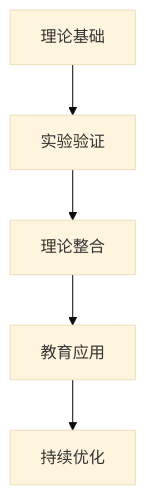
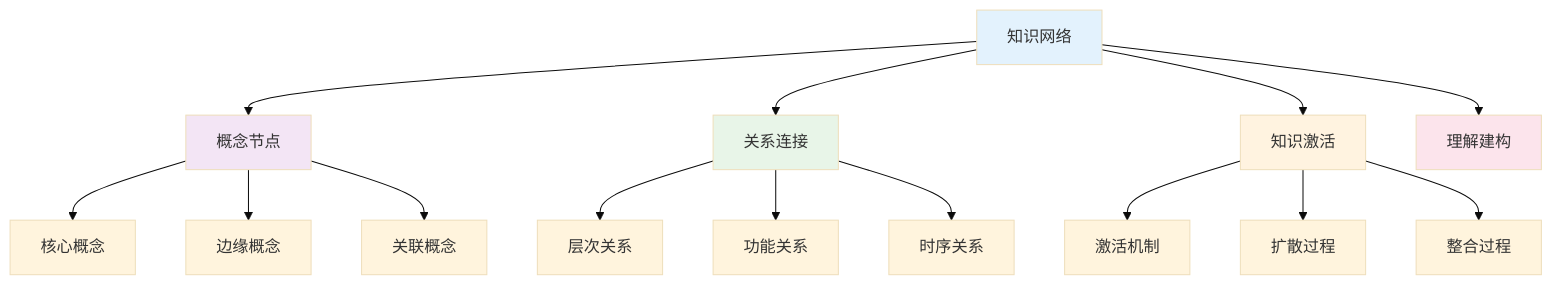
The ninth of 12 diagrams in 01-哲学科学基础/01-认知科学与学习理论.md (AdaMartin18010/SeniorEnducation), drawn with Mermaid (base theme) before and after one commit. The commit also changed other lines of this file and 16 other files, not shown here.

````diff
--- a/01-哲学科学基础/01-认知科学与学习理论.md
+++ b/01-哲学科学基础/01-认知科学与学习理论.md
@@ -253,7 +368,25 @@
 ```mermaid
 graph TD
-    A[理论基础] --> B[实验验证]
-    B --> C[理论整合]
-    C --> D[教育应用]
-    D --> E[持续优化]
+    A[知识网络] --> B[概念节点]
+    A --> C[关系连接]
+    A --> D[知识激活]
+    A --> E[理解建构]
+    
+    B --> B1[核心概念]
+    B --> B2[边缘概念]
+    B --> B3[关联概念]
+    
+    C --> C1[层次关系]
+    C --> C2[功能关系]
+    C --> C3[时序关系]
+    
+    D --> D1[激活机制]
+    D --> D2[扩散过程]
+    D --> D3[整合过程]
+    
+    style A fill:#e3f2fd
+    style B fill:#f3e5f5
+    style C fill:#e8f5e8
+    style D fill:#fff3e0
+    style E fill:#fce4ec
 ```
````
